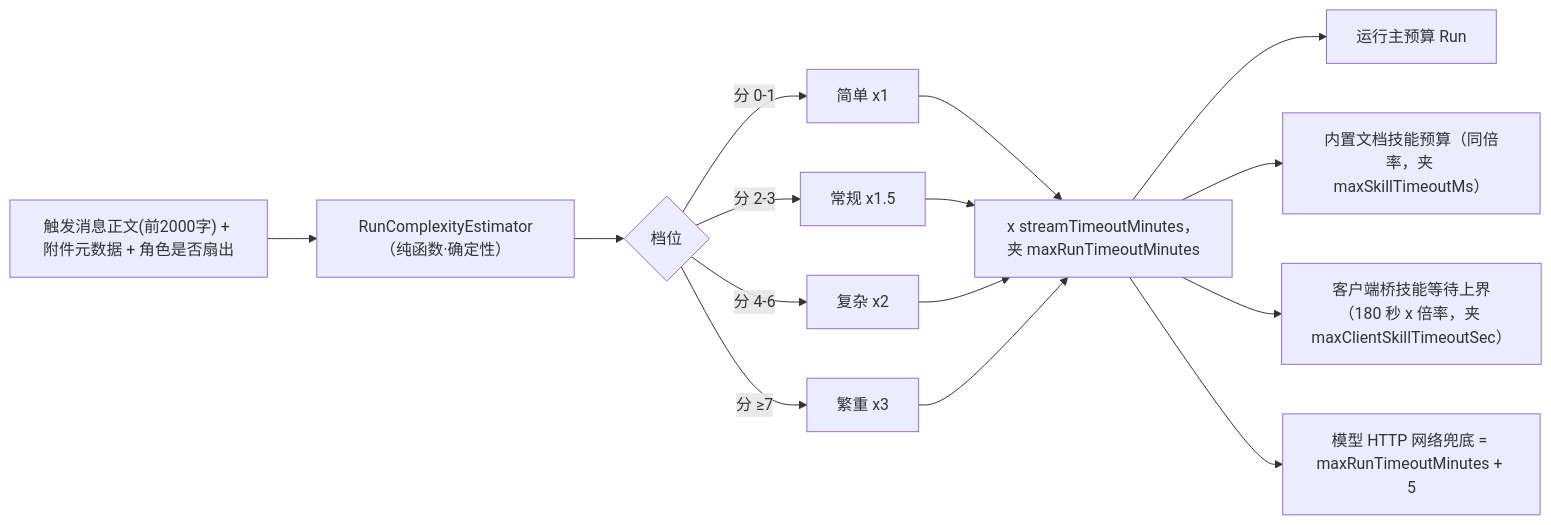
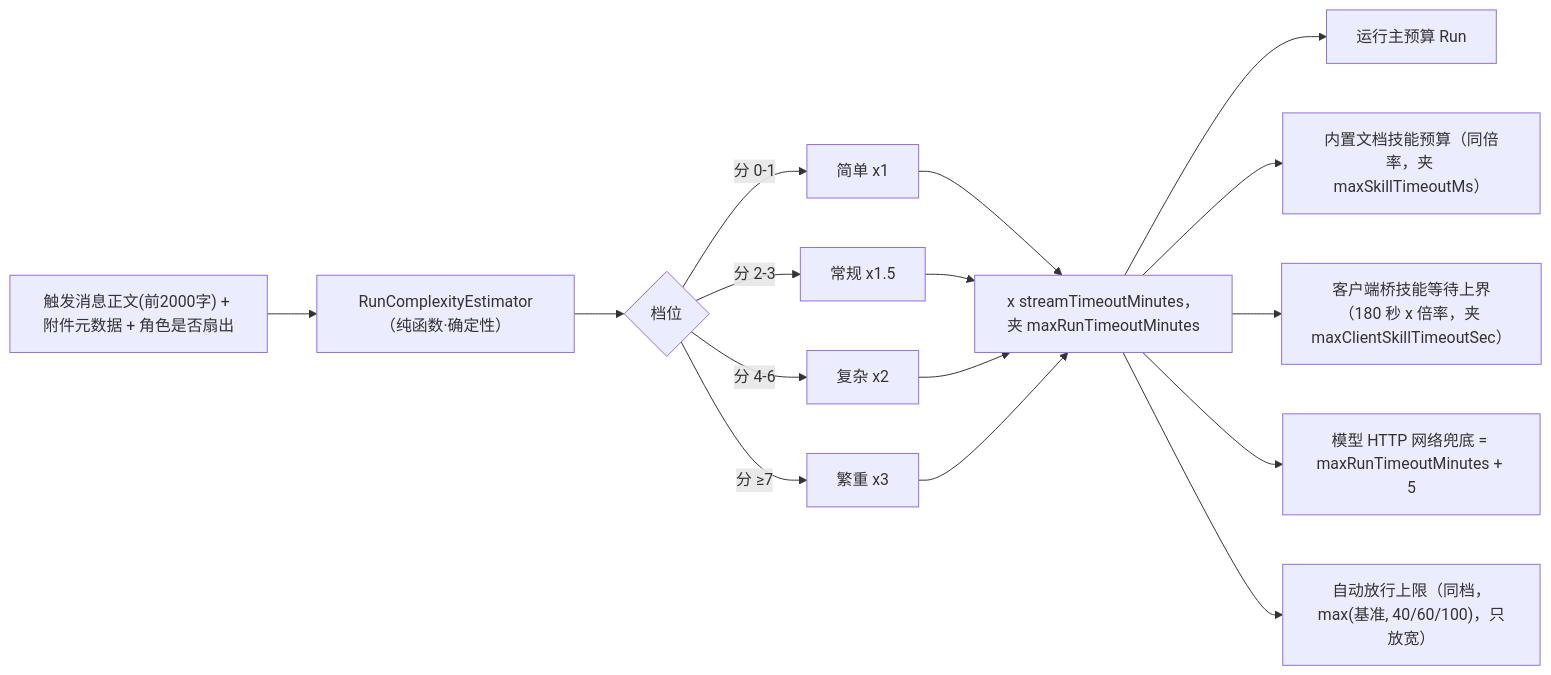
One commit to DavidCompute/AG-UI_Multi-Party changed the second of 6 diagrams in docs/agent-execution-algorithm.md. Above: the diagram before and after it, drawn with Mermaid. The commit also changed other lines of this file and 13 other files, not shown here.

````diff
--- a/docs/agent-execution-algorithm.md
+++ b/docs/agent-execution-algorithm.md
@@ -101,18 +101,19 @@
 ```mermaid
 flowchart LR
     msg["触发消息正文(前2000字) + 附件元数据 + 角色是否扇出"]
     msg --> est["RunComplexityEstimator（纯函数·确定性）"]
     est --> tier{"档位"}
     tier -- "分 0-1" --> simple["简单 x1"]
     tier -- "分 2-3" --> std["常规 x1.5"]
     tier -- "分 4-6" --> cplx["复杂 x2"]
     tier -- "分 ≥7" --> heavy["繁重 x3"]
     simple --> clamp["x streamTimeoutMinutes，夹 maxRunTimeoutMinutes"]
     std --> clamp
     cplx --> clamp
     heavy --> clamp
     clamp --> run["运行主预算 Run"]
     clamp --> skill["内置文档技能预算（同倍率，夹 maxSkillTimeoutMs）"]
     clamp --> client["客户端桥技能等待上界（180 秒 x 倍率，夹 maxClientSkillTimeoutSec）"]
     clamp --> net["模型 HTTP 网络兜底 = maxRunTimeoutMinutes + 5"]
+    clamp --> auto["自动放行上限（同档，max(基准, 40/60/100)，只放宽）"]
 ```
````
